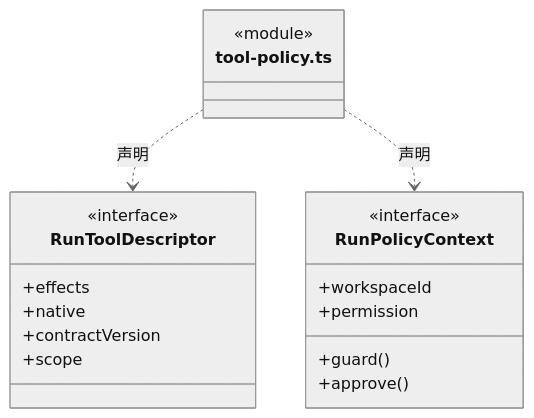
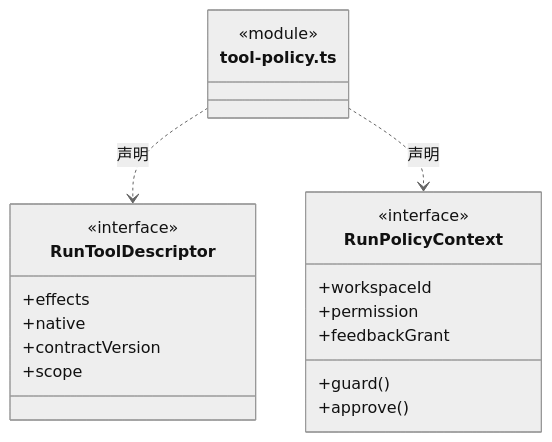
The second of 4 diagrams in src/backend/core/policy/ARCHITECTURE.md (nan023062/cbim), drawn with Mermaid (neutral theme) before and after one commit. The commit also changed other lines of this file and 118 other files, not shown here.

````diff
--- a/src/backend/core/policy/ARCHITECTURE.md
+++ b/src/backend/core/policy/ARCHITECTURE.md
@@ -28,22 +28,23 @@
 ```mermaid
 classDiagram
 class N_src_backend_core_policy_tool_policy_ts["tool-policy.ts"] {
   <<module>>
 }
 class N_src_backend_core_policy_tool_policy_ts_RunToolDescriptor["RunToolDescriptor"] {
   <<interface>>
   +effects
   +native
   +contractVersion
   +scope
 }
 N_src_backend_core_policy_tool_policy_ts ..> N_src_backend_core_policy_tool_policy_ts_RunToolDescriptor : 声明
 class N_src_backend_core_policy_tool_policy_ts_RunPolicyContext["RunPolicyContext"] {
   <<interface>>
   +workspaceId
   +permission
   +guard()
   +approve()
+  +feedbackGrant
 }
 N_src_backend_core_policy_tool_policy_ts ..> N_src_backend_core_policy_tool_policy_ts_RunPolicyContext : 声明
 ```
````
